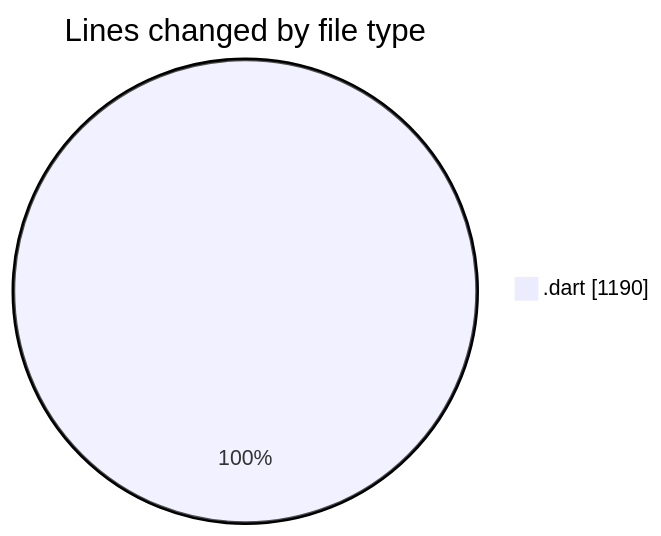
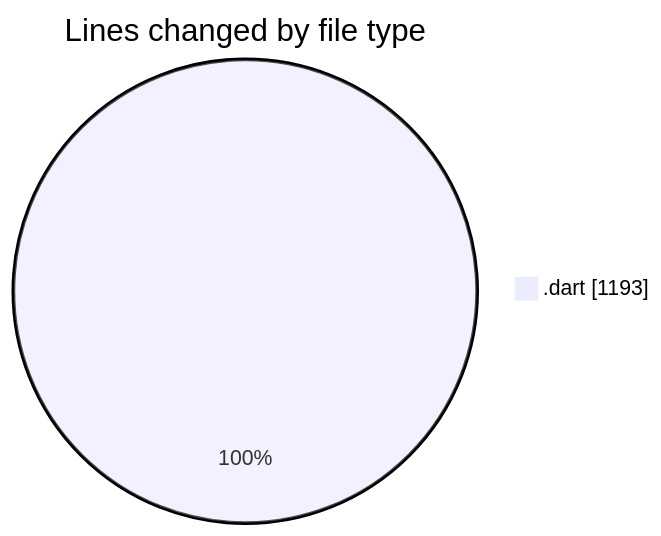
Before and after one commit to donsfak/code-tracking: the first of 2 diagrams in 2025-01-15/trackers_app/README.md, drawn with Mermaid. The commit also changed other lines of this file and 1 other file, not shown here.

````diff
--- a/2025-01-15/trackers_app/README.md
+++ b/2025-01-15/trackers_app/README.md
@@ -29,5 +29,5 @@
 ```mermaid
 pie showData
 title Lines changed by file type
-".dart" : 1190
+".dart" : 1193
 ```
````
